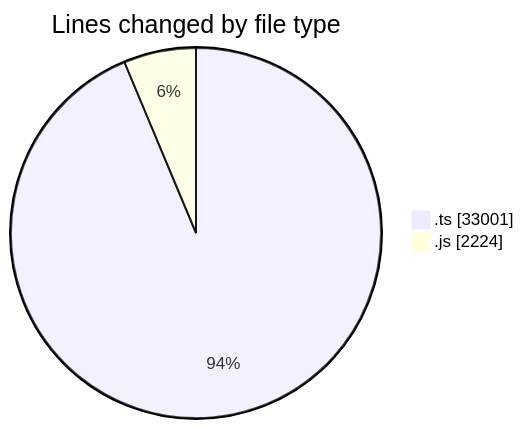
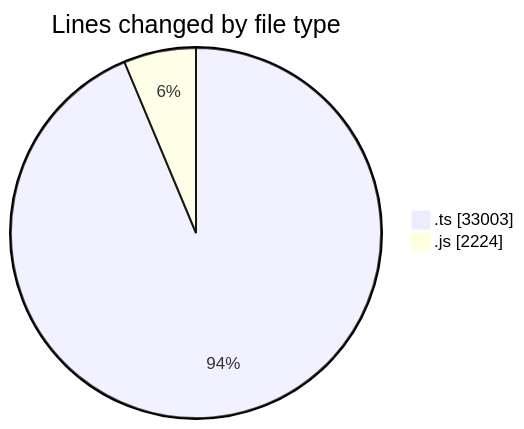
Before and after one commit to momahboobian/code-tracking: the first of 2 diagrams in 2025-06-26/cda/README.md, drawn with Mermaid. The commit also changed other lines of this file and 1 other file, not shown here.

````diff
--- a/2025-06-26/cda/README.md
+++ b/2025-06-26/cda/README.md
@@ -35,6 +35,6 @@
 ```mermaid
 pie showData
 title Lines changed by file type
-".ts" : 33001
+".ts" : 33003
 ".js" : 2224
 ```
````
